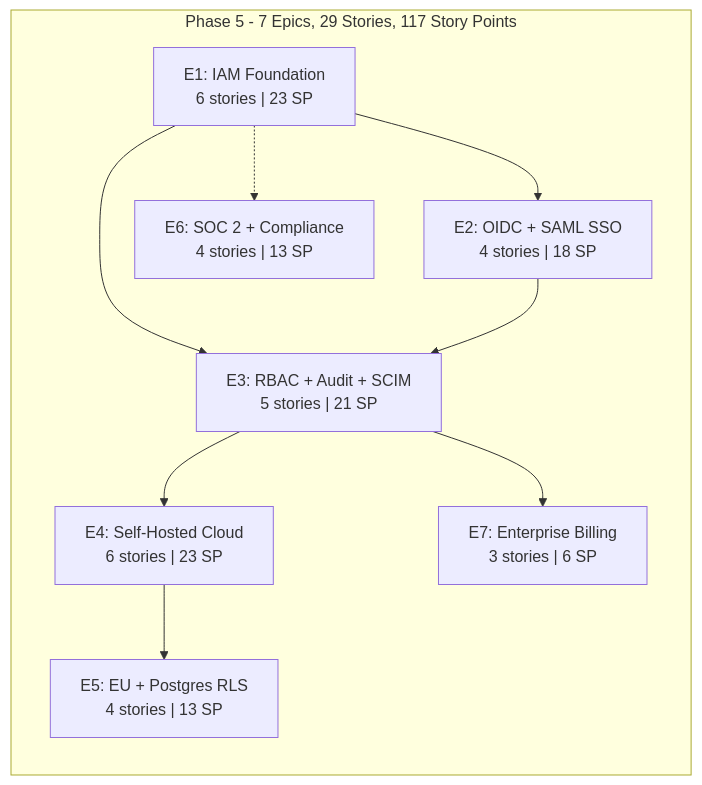
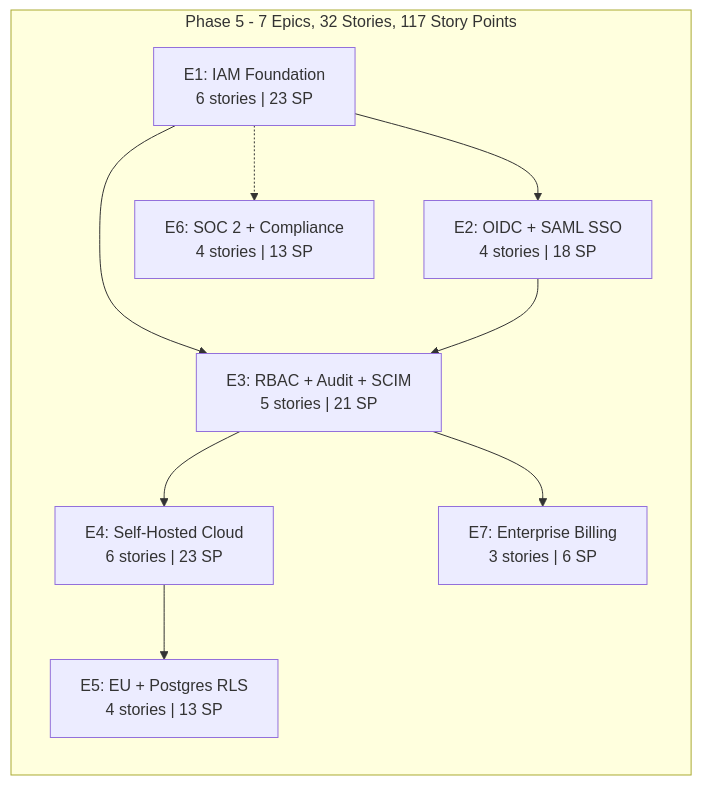
Before and after one commit to inkfoot/InkFoot: the third of 3 diagrams in docs/planned/phase5/inkfoot_phase5_development_epics.md, drawn with Mermaid. The commit also changed other lines of this file and 7 other files, not shown here.

````diff
--- a/docs/planned/phase5/inkfoot_phase5_development_epics.md
+++ b/docs/planned/phase5/inkfoot_phase5_development_epics.md
@@ -810,20 +836,20 @@
 ```mermaid
 graph TB
-    subgraph SUMMARY["Phase 5 - 7 Epics, 29 Stories, 117 Story Points"]
+    subgraph SUMMARY["Phase 5 - 7 Epics, 32 Stories, 117 Story Points"]
         direction TB
         E1S["E1: IAM Foundation<br/>6 stories | 23 SP"]
         E2S["E2: OIDC + SAML SSO<br/>4 stories | 18 SP"]
         E3S["E3: RBAC + Audit + SCIM<br/>5 stories | 21 SP"]
         E4S["E4: Self-Hosted Cloud<br/>6 stories | 23 SP"]
         E5S["E5: EU + Postgres RLS<br/>4 stories | 13 SP"]
         E6S["E6: SOC 2 + Compliance<br/>4 stories | 13 SP"]
         E7S["E7: Enterprise Billing<br/>3 stories | 6 SP"]
     end
     E1S --> E2S
     E1S --> E3S
     E2S --> E3S
     E3S --> E4S
     E4S --> E5S
     E1S -.-> E6S
     E3S --> E7S
 ```
````
